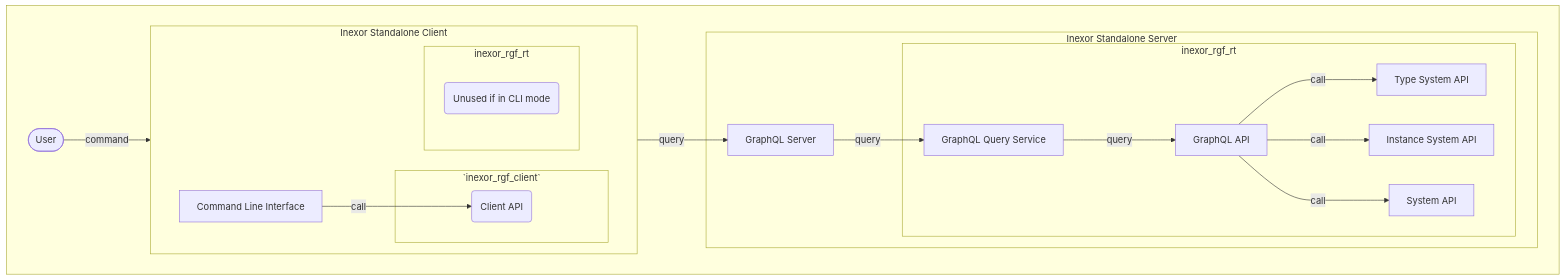
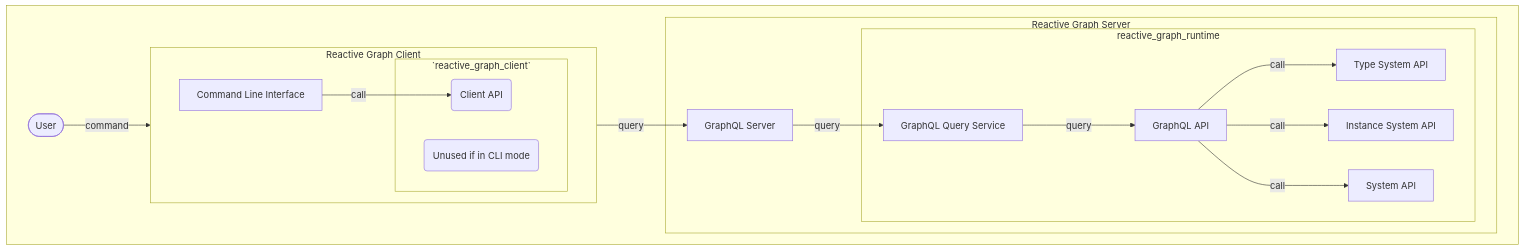
The first of 5 diagrams in book/src/System_Architecture.md (reactive-graph/reactive-graph), drawn with Mermaid before and after one commit. The commit also changed other lines of this file, not shown here.

````diff
--- a/book/src/System_Architecture.md
+++ b/book/src/System_Architecture.md
@@ -79,37 +79,37 @@
 ```mermaid
 graph TD
 subgraph Command Line Interface[ ]
     USR([User])
     
-    subgraph Inexor Standalone Client
+    subgraph Reactive Graph Client
       direction LR
       CLI[Command Line Interface]
-      subgraph `inexor_rgf_client`
+      subgraph `reactive_graph_client`
         CA(Client API)
       end
-      subgraph `inexor_rgf_rt_client`[inexor_rgf_rt]
+      subgraph `reactive_graph_client`[reactive_graph_runtime]
         UNUSED(Unused if in CLI mode)
       end
     end
 
-    subgraph Inexor Standalone Server
+    subgraph Reactive Graph Server
       GS[GraphQL Server]
-      subgraph `inexor_rgf_rt_server`[inexor_rgf_rt]
+      subgraph `reactive_graph_server`[reactive_graph_runtime]
         GQS[GraphQL Query Service]
         GA[GraphQL API]
         TSA[Type System API]
         ISA[Instance System API]
         SYSA[System API]
       end
     end
     
     USR -->|command| CLI
     CLI -->|call| CA
     CA -->|query| GS
     GS -->|query| GQS
     GQS --->|query| GA
     GA --->|call| TSA
     GA --->|call| ISA
     GA --->|call| SYSA
 end
 ```
````
